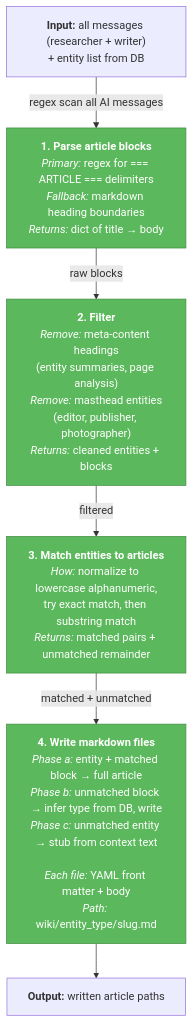
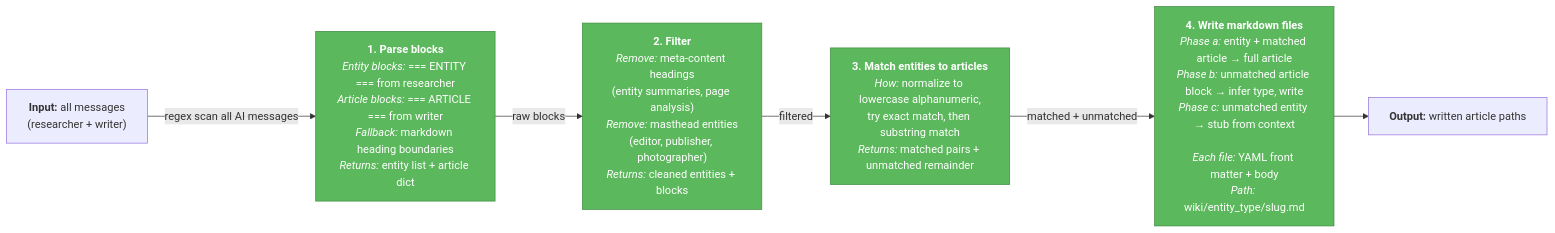
One commit to alastairrushworth/docswarm changed the fourth of 4 diagrams in docs/swarm-flow.md. Above: the diagram before and after it, drawn with Mermaid. The commit also changed other lines of this file and 5 other files, not shown here.

````diff
--- a/docs/swarm-flow.md
+++ b/docs/swarm-flow.md
@@ -145,27 +148,27 @@
 ```mermaid
-flowchart TD
-    IN["<b>Input:</b> all messages (researcher + writer)<br/>+ entity list from DB"]
+flowchart LR
+    IN["<b>Input:</b> all messages<br/>(researcher + writer)"]
 
     IN -->|"regex scan all AI messages"| S1
 
-    S1["<b>1. Parse article blocks</b><br/><i>Primary:</i> regex for === ARTICLE === delimiters<br/><i>Fallback:</i> markdown heading boundaries<br/><i>Returns:</i> dict of title &rarr; body"]
+    S1["<b>1. Parse blocks</b><br/><i>Entity blocks:</i> === ENTITY === from researcher<br/><i>Article blocks:</i> === ARTICLE === from writer<br/><i>Fallback:</i> markdown heading boundaries<br/><i>Returns:</i> entity list + article dict"]
 
     S1 -->|"raw blocks"| S2
 
     S2["<b>2. Filter</b><br/><i>Remove:</i> meta-content headings<br/>(entity summaries, page analysis)<br/><i>Remove:</i> masthead entities<br/>(editor, publisher, photographer)<br/><i>Returns:</i> cleaned entities + blocks"]
 
     S2 -->|"filtered"| S3
 
     S3["<b>3. Match entities to articles</b><br/><i>How:</i> normalize to lowercase alphanumeric,<br/>try exact match, then substring match<br/><i>Returns:</i> matched pairs + unmatched remainder"]
 
     S3 -->|"matched + unmatched"| S4
 
-    S4["<b>4. Write markdown files</b><br/><i>Phase a:</i> entity + matched block &rarr; full article<br/><i>Phase b:</i> unmatched block &rarr; infer type from DB, write<br/><i>Phase c:</i> unmatched entity &rarr; stub from context text<br/><br/><i>Each file:</i> YAML front matter + body<br/><i>Path:</i> wiki/entity_type/slug.md"]
+    S4["<b>4. Write markdown files</b><br/><i>Phase a:</i> entity + matched article &rarr; full article<br/><i>Phase b:</i> unmatched article block &rarr; infer type, write<br/><i>Phase c:</i> unmatched entity &rarr; stub from context<br/><br/><i>Each file:</i> YAML front matter + body<br/><i>Path:</i> wiki/entity_type/slug.md"]
 
     S4 --> OUT["<b>Output:</b> written article paths"]
 
     %% Styling
     classDef deterministic fill:#5cb85c,stroke:#3d8b3d,color:#fff
 
     class S1,S2,S3,S4 deterministic
 ```
````
